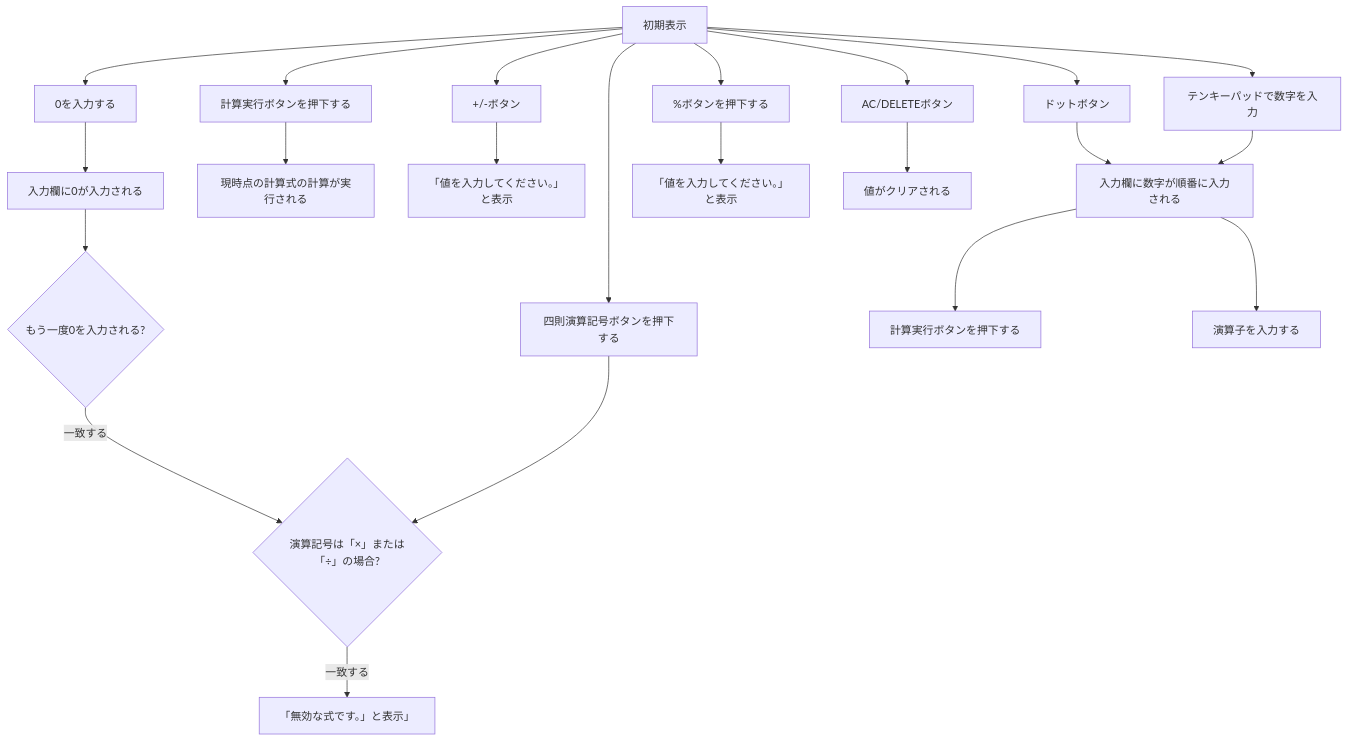
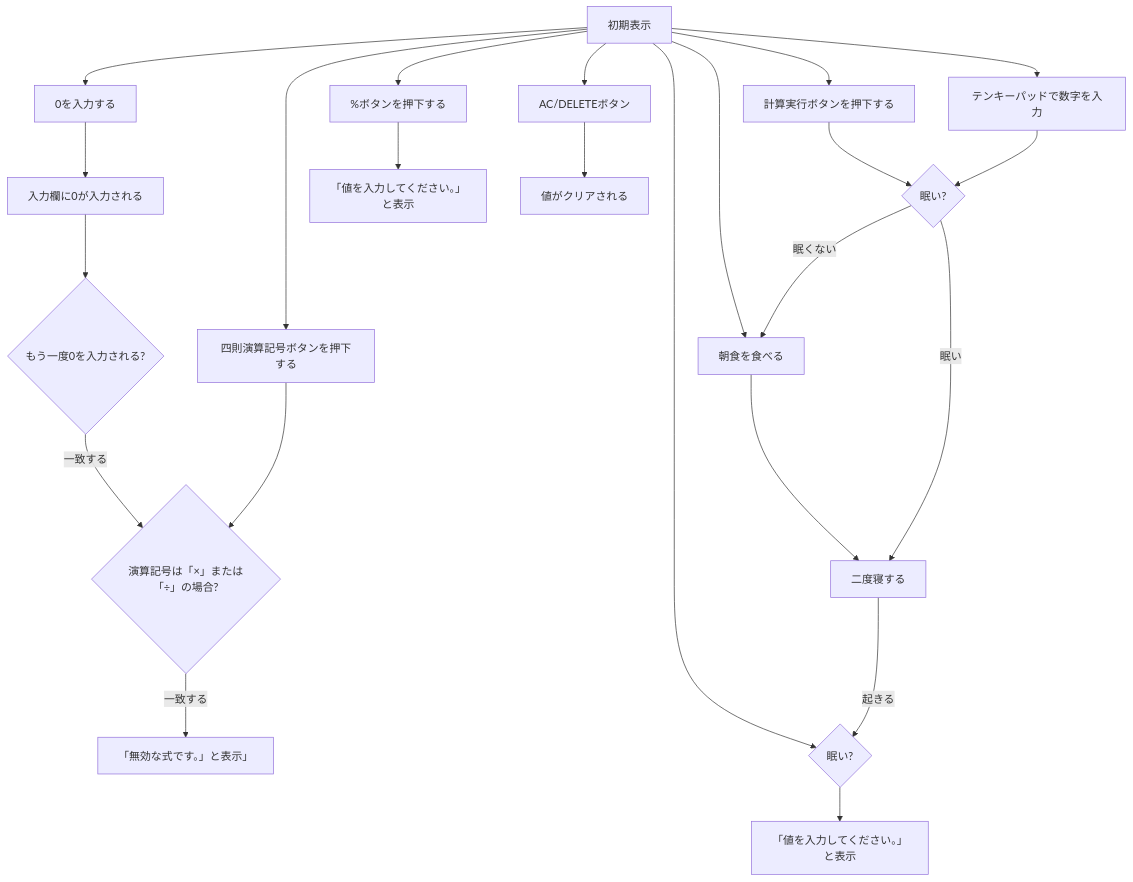
The diagram in 基本設計書.md (N3question/jsp-servlet-calculator), drawn with Mermaid before and after one commit.

````diff
--- a/基本設計書.md
+++ b/基本設計書.md
@@ -73,15 +73,15 @@
 ```mermaid
 flowchart TB
     A[初期表示] --> B[0を入力する] --> C[入力欄に0が入力される] -->
     D{もう一度0を入力される?} -- 一致する --> E[0のまま表示される（00にならない）]
     A[初期表示] --> F[四則演算記号ボタンを押下する] -->
     E{演算記号は「×」または「÷」の場合?} -- 一致する --> G[「無効な式です。」と表示」]
     A[初期表示] --> H[計算実行ボタンを押下する] --> I[現時点の計算式の計算が実行される]
     A[初期表示] --> J[+/-ボタン] --> K[「値を入力してください。」と表示]
     A[初期表示] --> L[ドットボタン] --> M[「値を入力してください。」と表示]
     A[初期表示] --> N[%ボタンを押下する] --> O[「値を入力してください。」と表示]
     A[初期表示] --> P[AC/DELETEボタン] --> Q[値がクリアされる]
-    A[初期表示] --> R[テンキーパッドで数字を入力] --> 
-    M[入力欄に数字が順番に入力される] --> S[計算実行ボタンを押下する]
-    M[入力欄に数字が順番に入力される] --> T[演算子を入力する]
+    A[初期表示] --> R[テンキーパッドで数字を入力] -->
+    I{眠い?} -- 眠くない --> J[朝食を食べる]
+    I{眠い?} -- 眠い --> K[二度寝する] -- 起きる --> L{眠い?}
 ```
````
